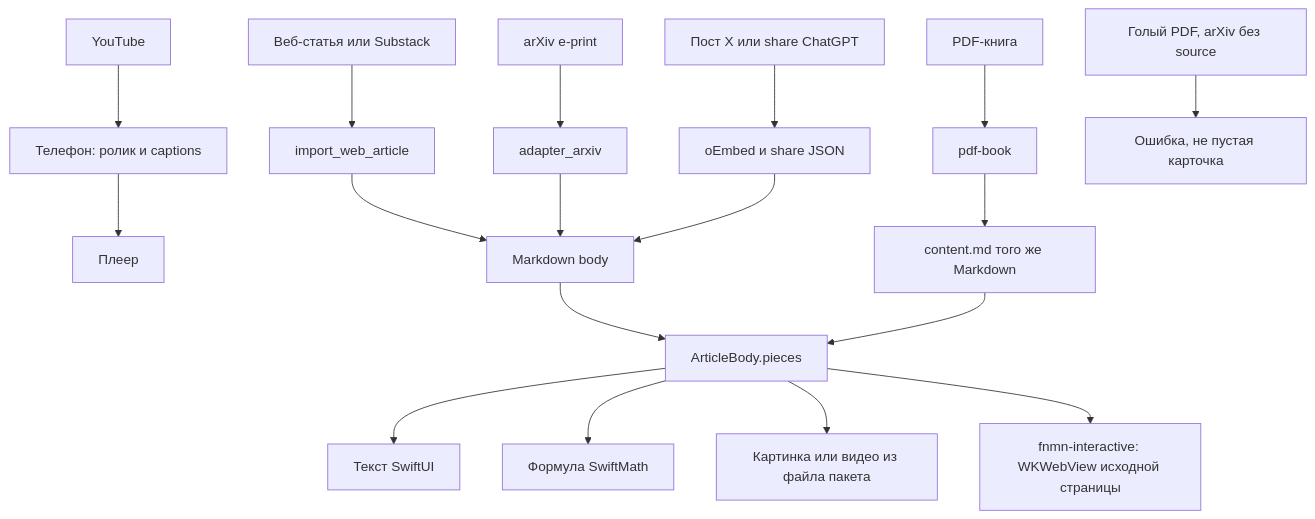
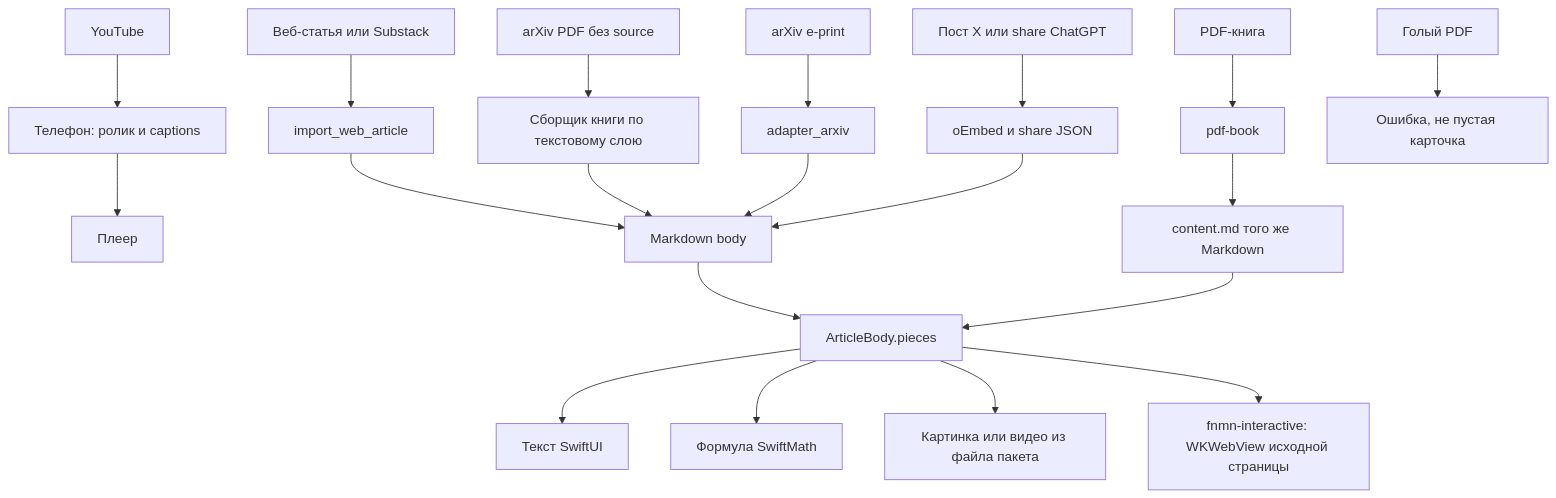
One commit to vladkalinichencko/fnmn-app changed the diagram in notes/viz/reading.md. Above: the diagram before and after it, drawn with Mermaid. The commit also changed 15 other files, not shown here.

````diff
--- a/notes/viz/reading.md
+++ b/notes/viz/reading.md
@@ -5,20 +5,22 @@
 ```mermaid
 flowchart TD
     Web[Веб-статья или Substack] --> WebAdapter[import_web_article]
     Arxiv[arXiv e-print] --> ArxivAdapter[adapter_arxiv]
     Post[Пост X или share ChatGPT] --> TextAdapter[oEmbed и share JSON]
     Pdf[PDF-книга] --> PdfAdapter[pdf-book]
     Tube[YouTube] --> Phone[Телефон: ролик и captions]
-    StopSource[Голый PDF, arXiv без source] --> Stop[Ошибка, не пустая карточка]
+    ArxivPdf[arXiv PDF без source] --> BookAsm[Сборщик книги по текстовому слою]
+    StopSource[Голый PDF] --> Stop[Ошибка, не пустая карточка]
     Phone --> Player[Плеер]
     WebAdapter --> Body[Markdown body]
+    BookAsm --> Body
     ArxivAdapter --> Body
     TextAdapter --> Body
     PdfAdapter --> Content[content.md того же Markdown]
     Body --> Pieces[ArticleBody.pieces]
     Content --> Pieces
     Pieces --> Text[Текст SwiftUI]
     Pieces --> Math[Формула SwiftMath]
     Pieces --> File[Картинка или видео из файла пакета]
     Pieces --> Live[fnmn-interactive: WKWebView исходной страницы]
 ```
````
